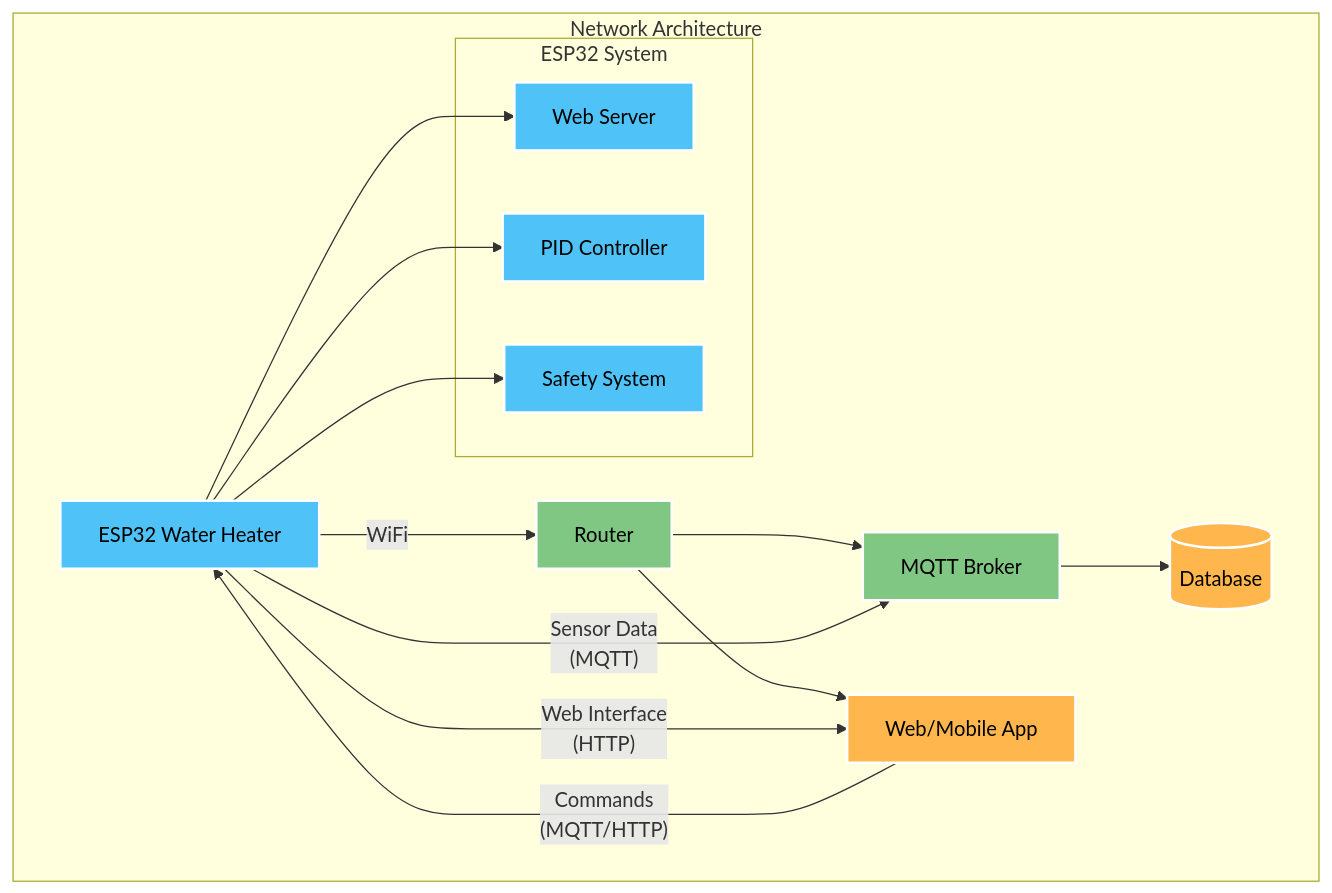
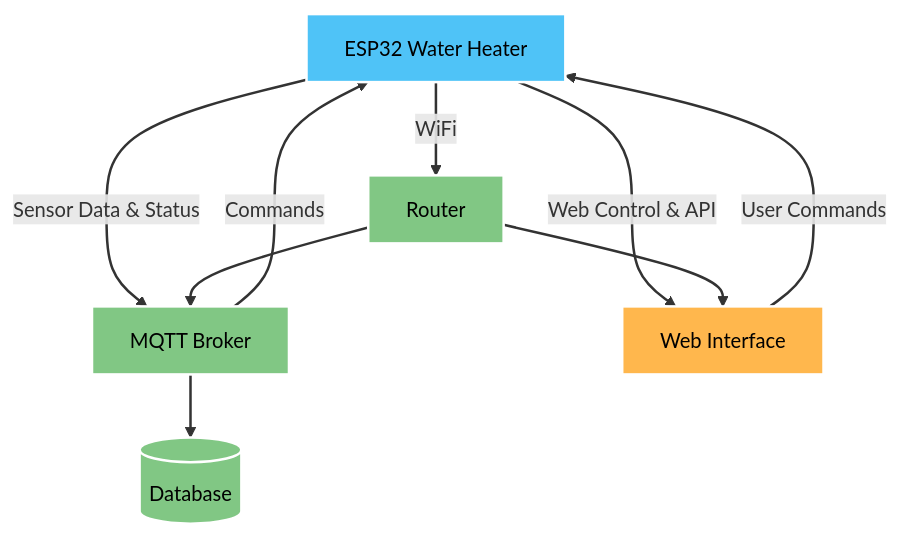
Before and after one commit to SimonFerrand/BIOREACTOR: the diagram in integration/PROCESS/WATER_HEATER/README.md, drawn with Mermaid. The commit also changed other lines of this file, not shown here.

Commit message:
[water_heater] modification of readme and photos bis

````diff
--- a/integration/PROCESS/WATER_HEATER/README.md
+++ b/integration/PROCESS/WATER_HEATER/README.md
@@ -146,40 +146,30 @@
 ```mermaid
 graph TD
-    subgraph Network Architecture
-        ESP[ESP32 Water Heater] 
-        MQTT[MQTT Broker]
-        DB[(Database)]
-        APP[Web/Mobile App]
-        
-        subgraph ESP32 System
-            WEB[Web Server]
-            PID[PID Controller]
-            SAFETY[Safety System]
-        end
-        
-        %% Connexions WiFi et réseau
-        ESP -- WiFi --> ROUTER[Router]
-        ROUTER --> MQTT
-        ROUTER --> APP
-        
-        %% Communication des données
-        ESP -- "Sensor Data\n(MQTT)" --> MQTT
-        ESP -- "Web Interface\n(HTTP)" --> APP
-        MQTT --> DB
-        APP -- "Commands\n(MQTT/HTTP)" --> ESP
-        
-        %% Sous-systèmes ESP32
-        ESP --> WEB
-        ESP --> PID
-        ESP --> SAFETY
-        
-        %% Styles - Couleurs plus contrastées
-        classDef system fill:#4fc3f7,stroke:#fff,stroke-width:2px,color:#000
-        classDef network fill:#81c784,stroke:#fff,stroke-width:2px,color:#000
-        classDef controller fill:#ffb74d,stroke:#fff,stroke-width:2px,color:#000
-        
-        class ESP,WEB,PID,SAFETY system
-        class ROUTER,MQTT network
-        class APP,DB controller
-    end
+    ESP[ESP32 Water Heater]
+    ROUTER[Router]
+    MQTT[MQTT Broker]
+    WEB[Web Interface]
+    DB[(Database)]
+    
+    %% Connections
+    ESP -- "WiFi" --> ROUTER
+    ESP -- "Sensor Data & Status" --> MQTT
+    ESP -- "Web Control & API" --> WEB
+    WEB -- "User Commands" --> ESP
+    MQTT -- "Commands" --> ESP
+    MQTT --> DB
+    ROUTER --> MQTT
+    ROUTER --> WEB
+    
+    %% Styles
+    classDef esp fill:#4fc3f7,stroke:#fff,stroke-width:2px,color:#000
+    classDef network fill:#81c784,stroke:#fff,stroke-width:2px,color:#000
+    classDef interface fill:#ffb74d,stroke:#fff,stroke-width:2px,color:#000
+    classDef text fill:#424242,color:#fff
+    
+    class ESP esp
+    class ROUTER,MQTT,DB network
+    class WEB interface
+
+    linkStyle default stroke-width:2px
 ```
````
